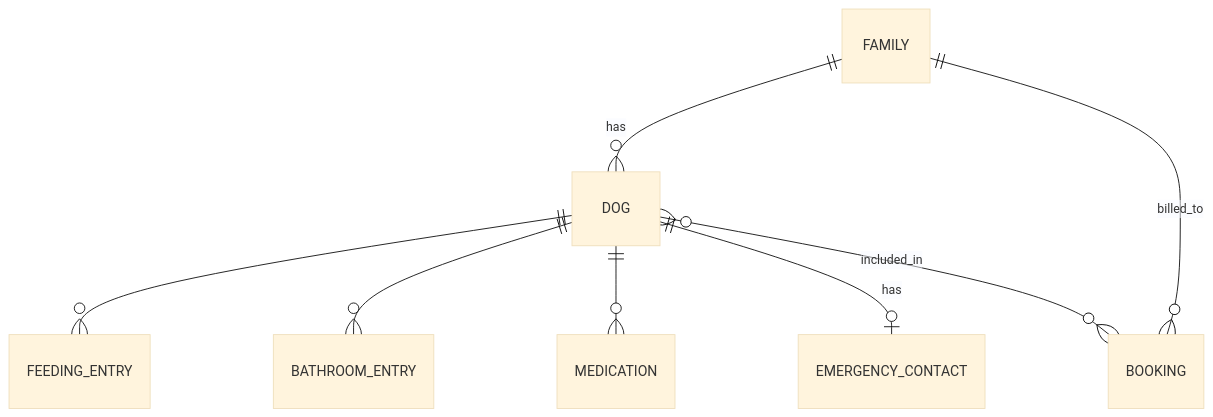
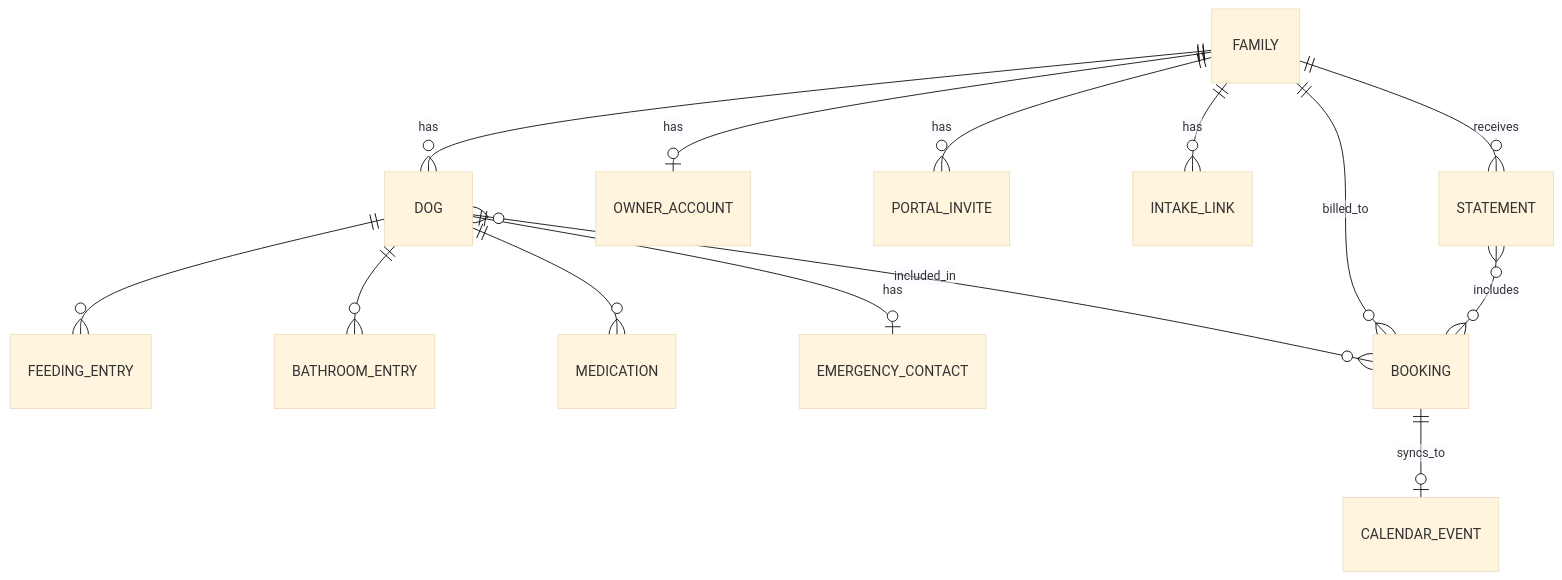
One commit to atarrisse/Petsit changed the diagram in docs/product/ooux-diagram.mmd. Above: the diagram before and after it, drawn with Mermaid (base theme). The commit also changed 10 other files, not shown here.

```diff
--- a/docs/product/ooux-diagram.mmd
+++ b/docs/product/ooux-diagram.mmd
@@ -1,8 +1,14 @@
 erDiagram
   FAMILY ||--o{ DOG : has
+  FAMILY ||--o| OWNER_ACCOUNT : has
+  FAMILY ||--o{ PORTAL_INVITE : has
+  FAMILY ||--o{ INTAKE_LINK : has
+  FAMILY ||--o{ BOOKING : billed_to
+  FAMILY ||--o{ STATEMENT : receives
   DOG ||--o{ FEEDING_ENTRY : ""
   DOG ||--o{ BATHROOM_ENTRY : ""
   DOG ||--o{ MEDICATION : ""
   DOG ||--o| EMERGENCY_CONTACT : has
   DOG }o--o{ BOOKING : included_in
-  FAMILY ||--o{ BOOKING : billed_to
+  BOOKING ||--o| CALENDAR_EVENT : syncs_to
+  STATEMENT }o--o{ BOOKING : includes
```
